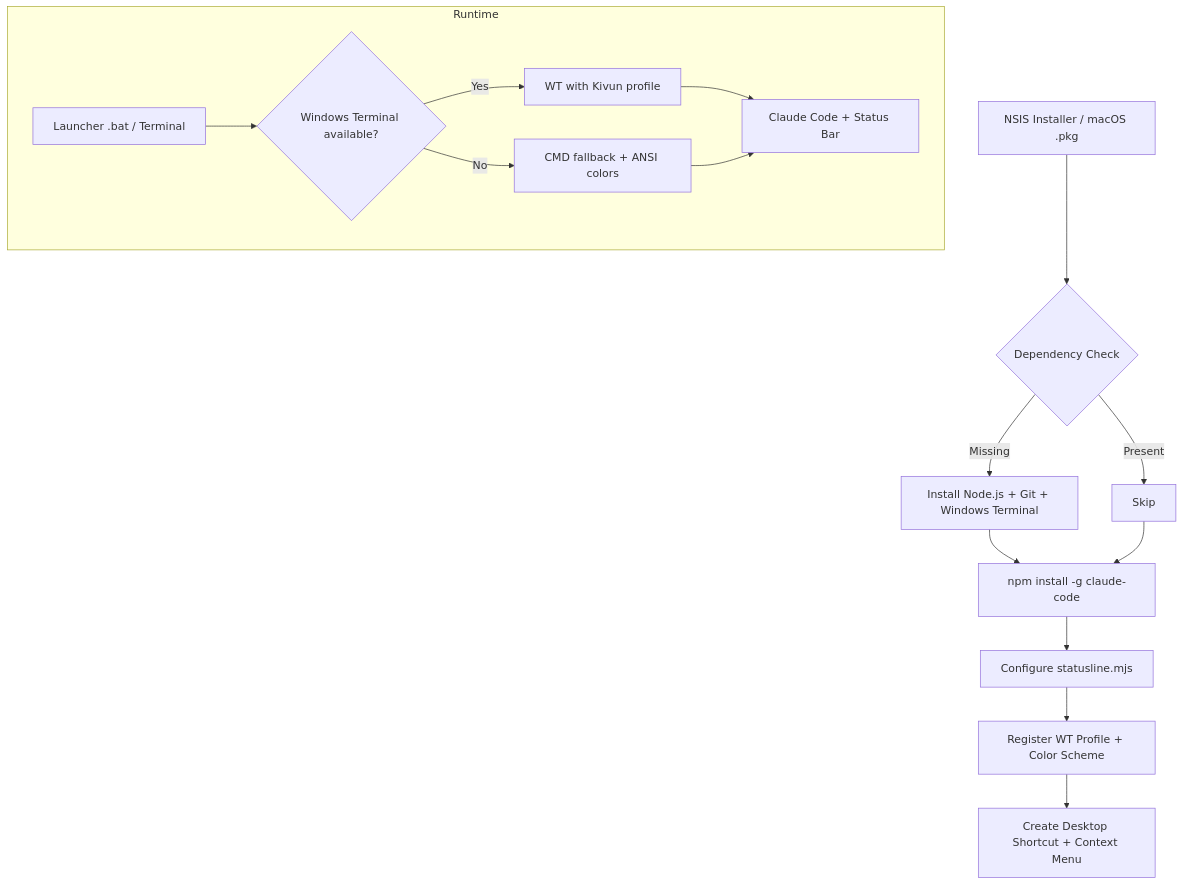
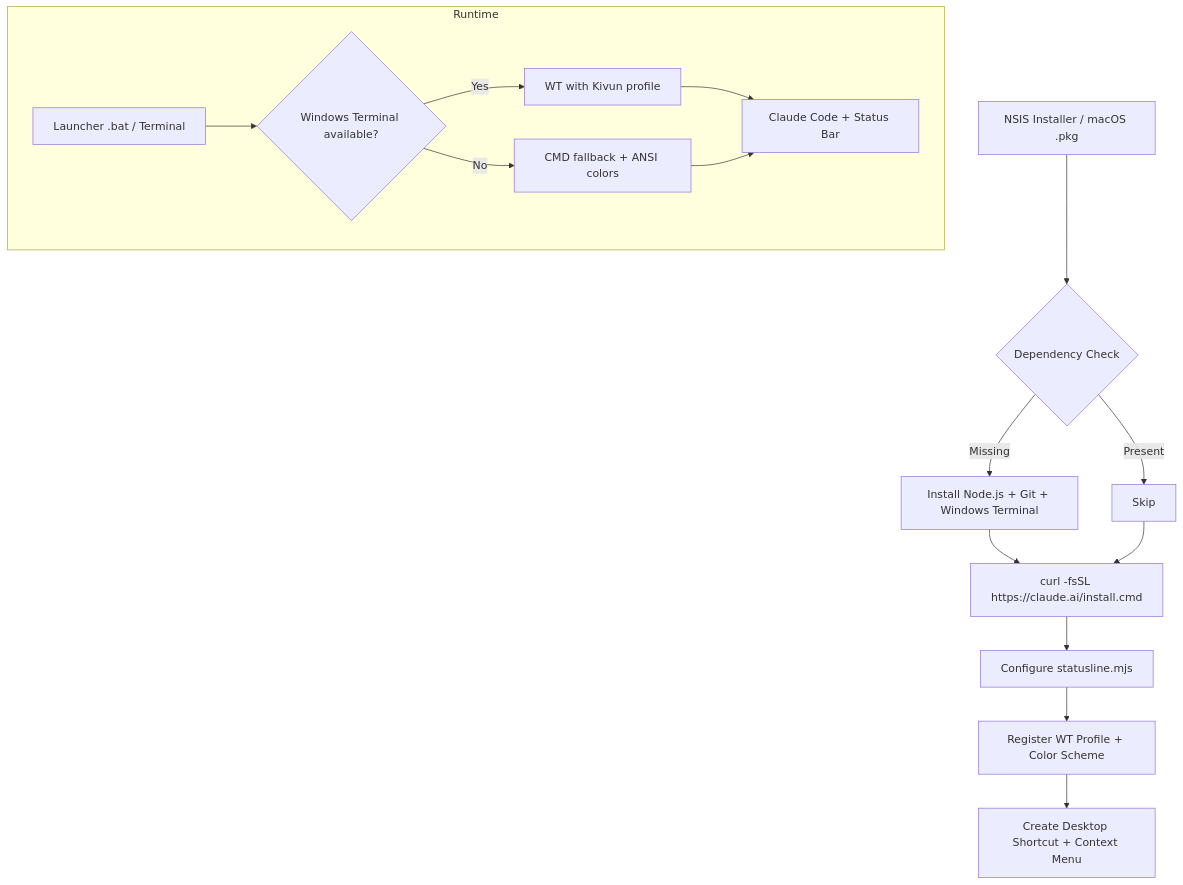
Before and after one commit to noambrand/kivun-terminal: the diagram in README.md, drawn with Mermaid. The commit also changed other lines of this file and 3 other files, not shown here.

First line of the commit message:
v2.4.0: Migrate to Anthropic native Claude Code installer

````diff
--- a/README.md
+++ b/README.md
@@ -74,19 +74,19 @@
 ```mermaid
 graph TD
     A[NSIS Installer / macOS .pkg] --> B{Dependency Check}
     B -->|Missing| C[Install Node.js + Git + Windows Terminal]
     B -->|Present| D[Skip]
-    C --> E[npm install -g claude-code]
+    C --> E[curl -fsSL https://claude.ai/install.cmd]
     D --> E
     E --> F[Configure statusline.mjs]
     F --> G[Register WT Profile + Color Scheme]
     G --> H[Create Desktop Shortcut + Context Menu]
 
     subgraph Runtime
         I[Launcher .bat / Terminal] --> J{Windows Terminal available?}
         J -->|Yes| K[WT with Kivun profile]
         J -->|No| L[CMD fallback + ANSI colors]
         K --> M[Claude Code + Status Bar]
         L --> M
     end
 ```
````
